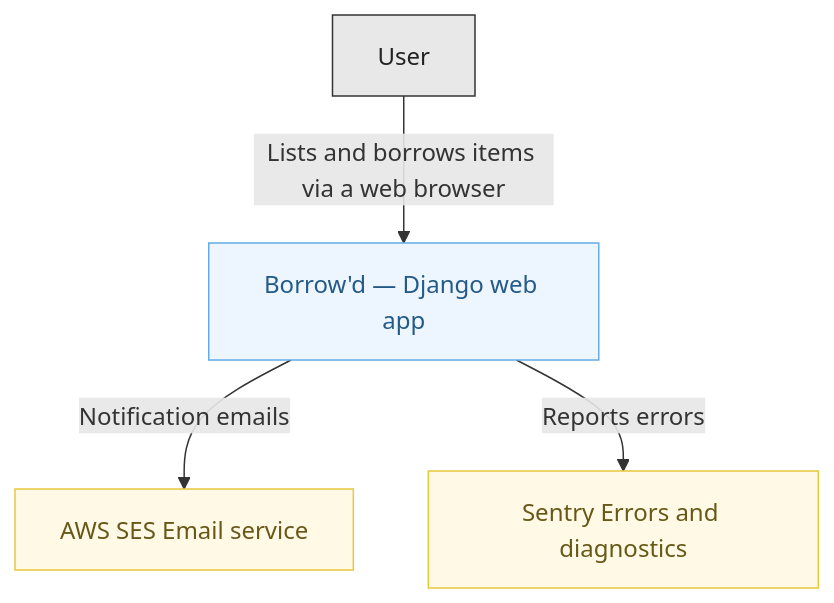
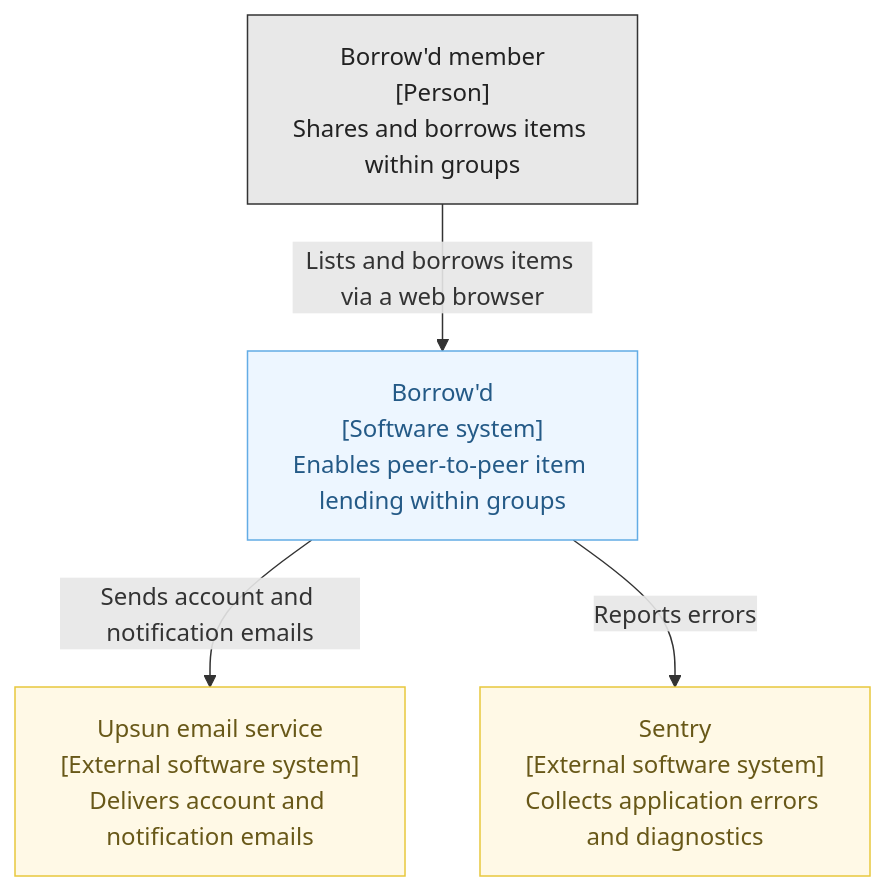
The diagram in docs/c4Diagrams/SystemContextDiagram.md (borrowd/borrowd), drawn with Mermaid before and after one commit. The commit also changed other lines of this file and 1 other file, not shown here.

Commit message:
docs: address architecture diagram review feedback

````diff
--- a/docs/c4Diagrams/SystemContextDiagram.md
+++ b/docs/c4Diagrams/SystemContextDiagram.md
@@ -1,19 +7,19 @@
 ```mermaid
 flowchart TD
-    user["User"]
-    app["Borrow'd — Django web app"]
-    ses["AWS SES Email service"]
-    sentry["Sentry Errors and diagnostics"]
+    user["Borrow'd member<br/>[Person]<br/>Shares and borrows items within groups"]
+    app["Borrow'd<br/>[Software system]<br/>Enables peer-to-peer item lending within groups"]
+    email["Upsun email service<br/>[External software system]<br/>Delivers account and notification emails"]
+    sentry["Sentry<br/>[External software system]<br/>Collects application errors and diagnostics"]
 
     user -->|"Lists and borrows items via a web browser"| app
-    app -->|"Notification emails"| ses
+    app -->|"Sends account and notification emails"| email
     app -->|"Reports errors"| sentry
 
     classDef userStyle fill:#e8e8e8,stroke:#333,color:#222
     classDef appStyle fill:#edf6ff,stroke:#63ace5,color:#245a87
     classDef serviceStyle fill:#fff9e6,stroke:#e8c83d,color:#685818
 
     class user userStyle
     class app appStyle
-    class ses,sentry serviceStyle
+    class email,sentry serviceStyle
 ```
````
